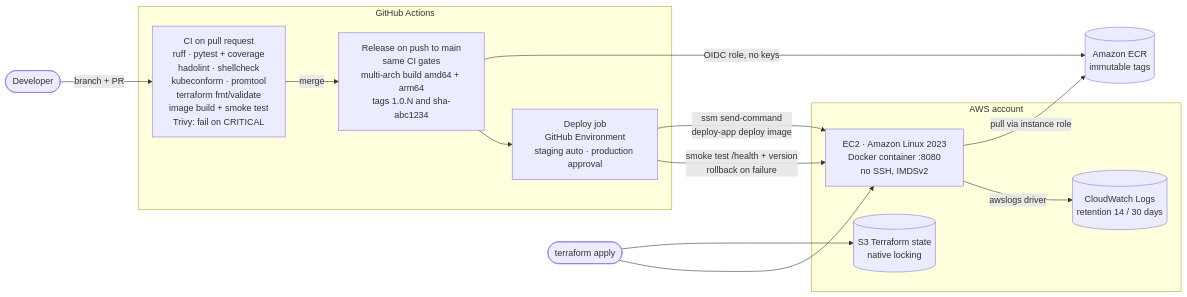
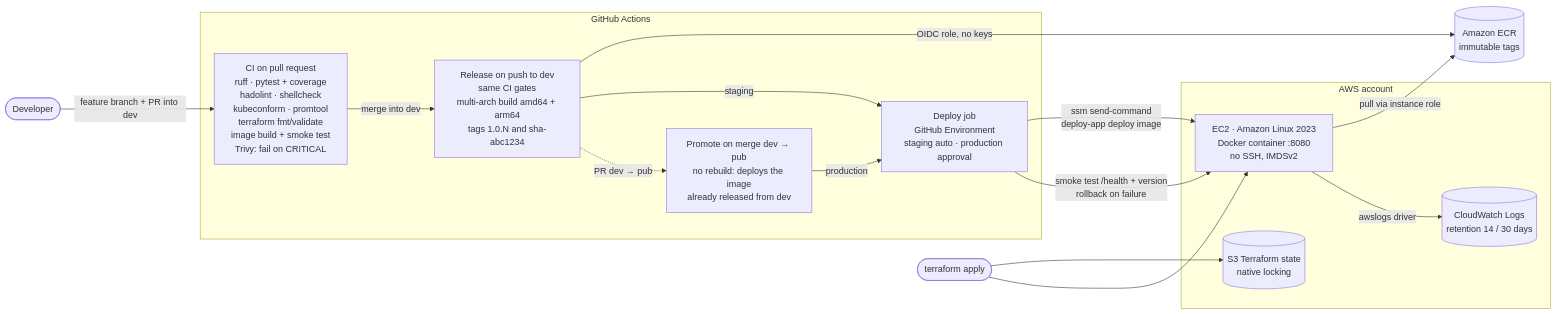
The first of 3 diagrams in README.md (devrkb21/devops-task), drawn with Mermaid before and after one commit. The commit also changed other lines of this file, not shown here.

Commit message:
docs: describe the dev and pub branch flow

````diff
--- a/README.md
+++ b/README.md
@@ -159,27 +161,30 @@
 ```mermaid
 flowchart LR
-    dev([Developer]) -->|branch + PR| pr
+    dev([Developer]) -->|feature branch + PR into dev| pr
 
     subgraph gha[GitHub Actions]
         pr["CI on pull request<br/>ruff · pytest + coverage<br/>hadolint · shellcheck<br/>kubeconform · promtool<br/>terraform fmt/validate<br/>image build + smoke test<br/>Trivy: fail on CRITICAL"]
-        rel["Release on push to main<br/>same CI gates<br/>multi-arch build amd64 + arm64<br/>tags 1.0.N and sha-abc1234"]
+        rel["Release on push to dev<br/>same CI gates<br/>multi-arch build amd64 + arm64<br/>tags 1.0.N and sha-abc1234"]
+        prom["Promote on merge dev → pub<br/>no rebuild: deploys the image<br/>already released from dev"]
         dep["Deploy job<br/>GitHub Environment<br/>staging auto · production approval"]
     end
 
-    pr -->|merge| rel
+    pr -->|merge into dev| rel
     rel -->|OIDC role, no keys| ecr[("Amazon ECR<br/>immutable tags")]
-    rel --> dep
+    rel -->|staging| dep
+    rel -.->|PR dev → pub| prom
+    prom -->|production| dep
     dep -->|ssm send-command<br/>deploy-app deploy image| ec2
 
     subgraph aws[AWS account]
         ec2["EC2 · Amazon Linux 2023<br/>Docker container :8080<br/>no SSH, IMDSv2"]
         cw[("CloudWatch Logs<br/>retention 14 / 30 days")]
         s3[("S3 Terraform state<br/>native locking")]
     end
 
     ec2 -->|pull via instance role| ecr
     ec2 -->|awslogs driver| cw
     dep -->|smoke test /health + version<br/>rollback on failure| ec2
     tf([terraform apply]) --> s3
     tf --> ec2
 ```
````
